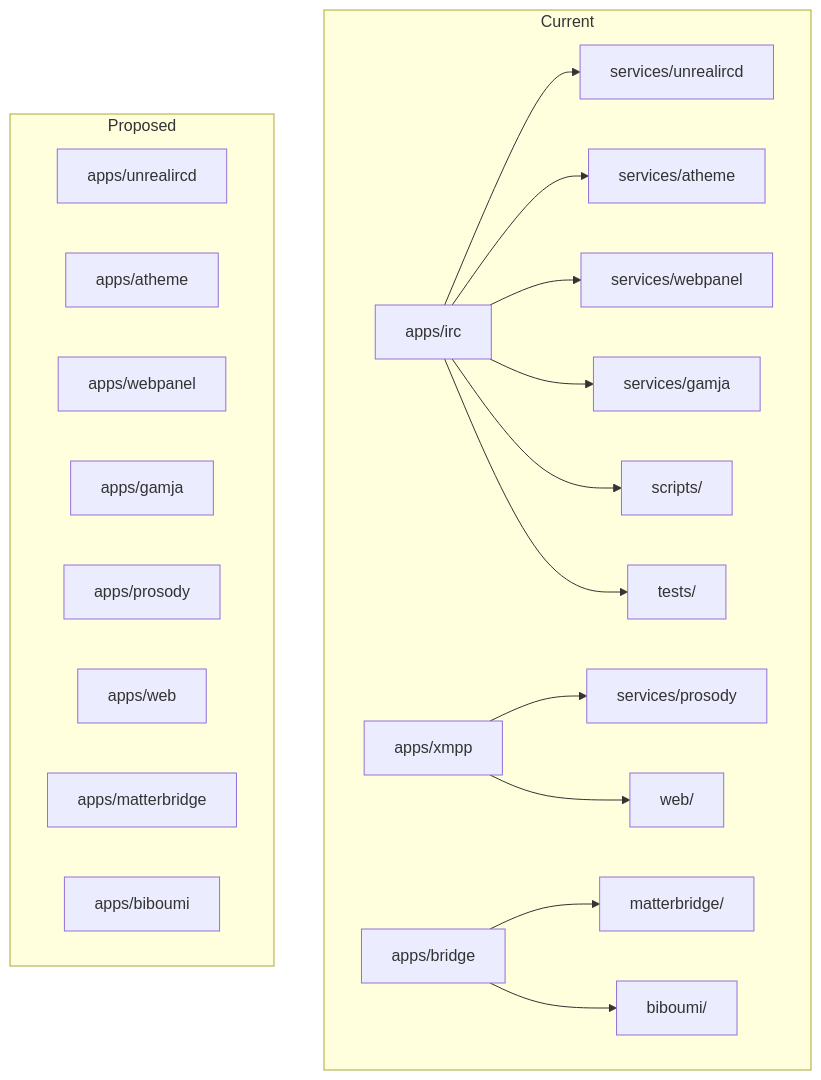
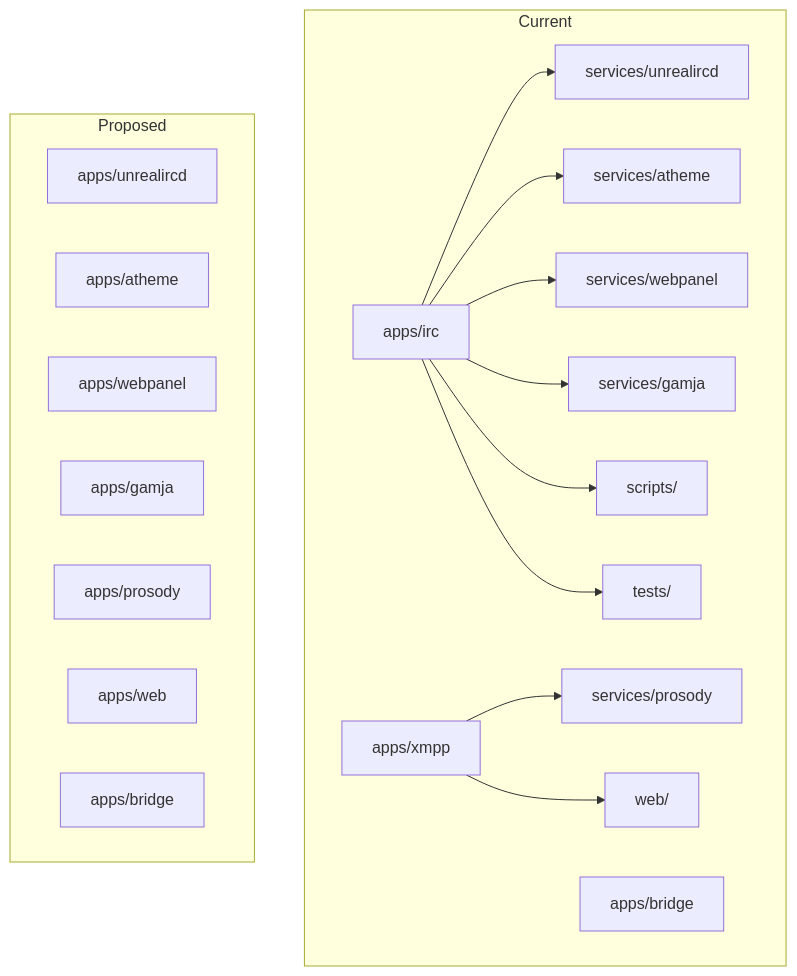
One commit to allthingslinux/atl.chat changed the diagram in .cursor/plans/flatten_apps_structure_0790d58e.plan.md. Above: the diagram before and after it, drawn with Mermaid. The commit also changed other lines of this file and 12 other files, not shown here.

````diff
--- a/.cursor/plans/flatten_apps_structure_0790d58e.plan.md
+++ b/.cursor/plans/flatten_apps_structure_0790d58e.plan.md
@@ -12,29 +12,26 @@
 ```mermaid
 flowchart TB
     subgraph current [Current]
         irc[apps/irc]
         irc --> unrealircd[services/unrealircd]
         irc --> atheme[services/atheme]
         irc --> webpanel[services/webpanel]
         irc --> gamja[services/gamja]
         irc --> scripts[scripts/]
         irc --> tests[tests/]
         xmpp[apps/xmpp]
         xmpp --> prosody[services/prosody]
         xmpp --> web_assets[web/]
         bridge[apps/bridge]
-        bridge --> matterbridge[matterbridge/]
-        bridge --> biboumi[biboumi/]
     end
 
     subgraph proposed [Proposed]
         u[apps/unrealircd]
         a[apps/atheme]
         w[apps/webpanel]
         g[apps/gamja]
         p[apps/prosody]
         wa[apps/web]
-        m[apps/matterbridge]
-        b[apps/biboumi]
+        b[apps/bridge]
     end
 ```
````
